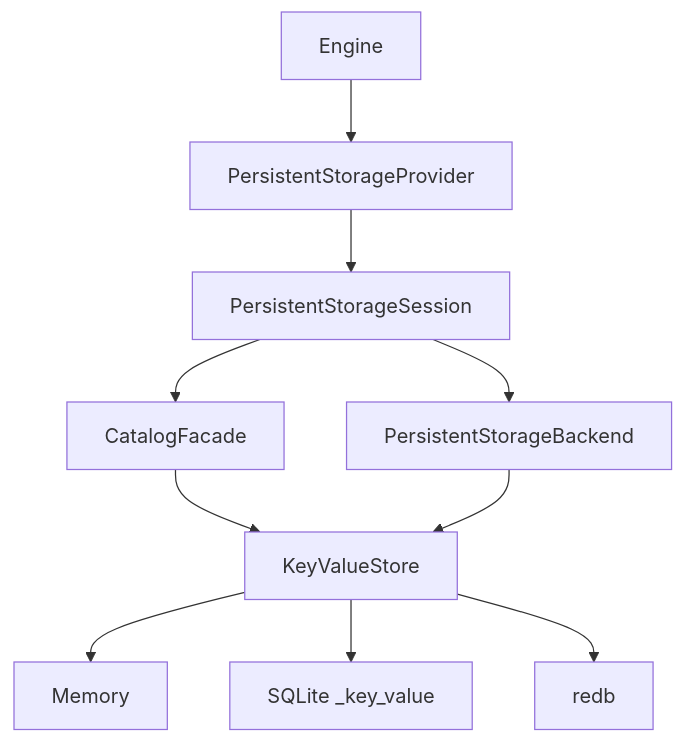
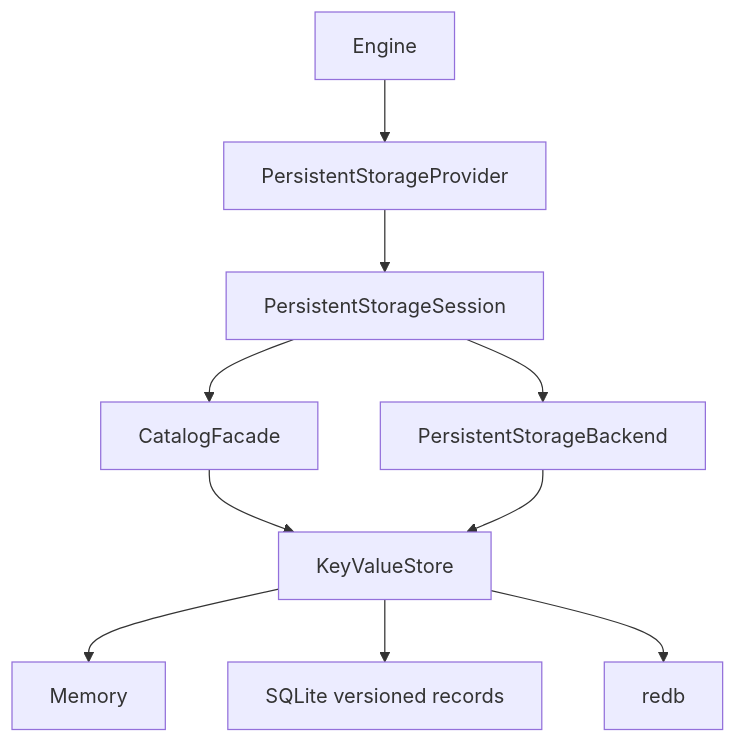
Before and after one commit to cognica-io/uqa-engine: the diagram in docs/design/kv-storage-backends.md, drawn with Mermaid. The commit also changed other lines of this file and 2211 other files, not shown here.

````diff
--- a/docs/design/kv-storage-backends.md
+++ b/docs/design/kv-storage-backends.md
@@ -7,12 +9,12 @@
 ```mermaid
 flowchart TD
     E[Engine] --> P[PersistentStorageProvider]
     P --> S[PersistentStorageSession]
     S --> C[CatalogFacade]
     S --> B[PersistentStorageBackend]
     C --> K[KeyValueStore]
     B --> K
     K --> M[Memory]
-    K --> Q[SQLite _key_value]
+    K --> Q[SQLite versioned records]
     K --> R[redb]
 ```
````
